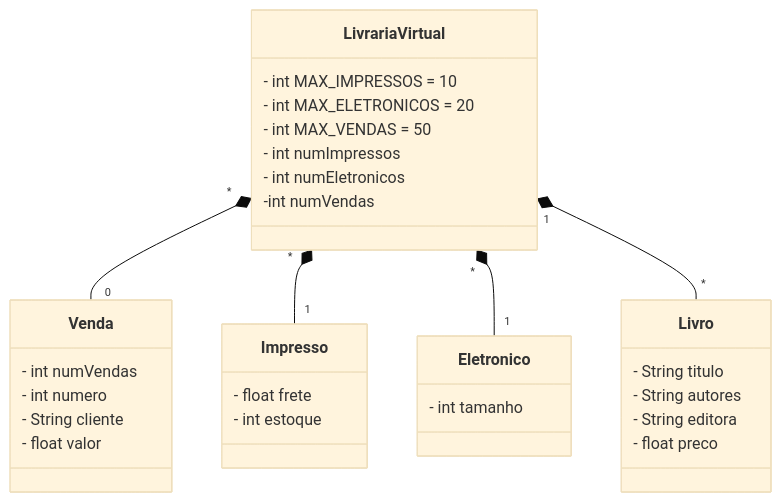
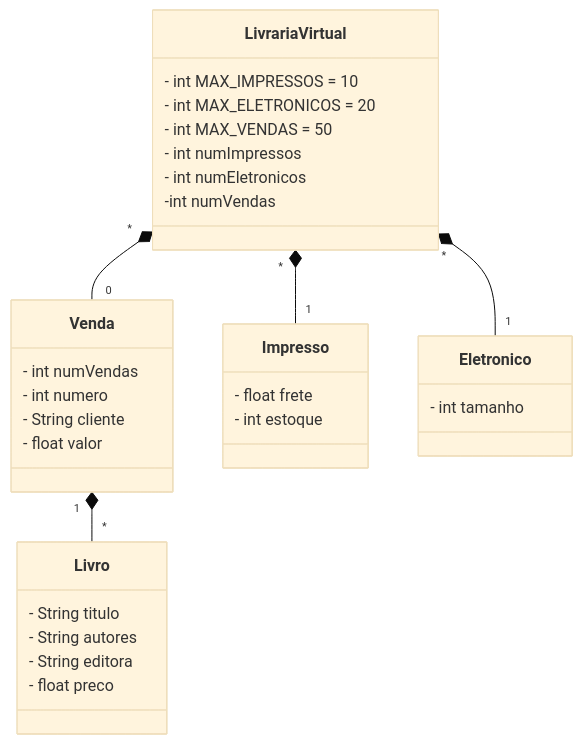
The diagram in README.md (DevTrail-Squad-4/Desafiodalivraria), drawn with Mermaid (base theme) before and after one commit.

````diff
--- a/README.md
+++ b/README.md
@@ -3,39 +3,39 @@
 ```mermaid
 classDiagram
   class LivrariaVirtual {
     - int MAX_IMPRESSOS = 10
     - int MAX_ELETRONICOS = 20
     - int MAX_VENDAS = 50
     - int numImpressos
     - int numEletronicos
 	-int numVendas
   }
 
   class Venda {
     - int numVendas
     - int numero
     - String cliente
     - float valor
   }
 
   class Impresso {
     - float frete
     - int estoque
   }
 
   class Eletronico {
     - int tamanho
   }
 
   class Livro {
     - String titulo
     - String autores
     - String editora
     - float preco
   }
 
   LivrariaVirtual "*" *-- "0" Venda
   LivrariaVirtual "*" *-- "1" Impresso
   LivrariaVirtual "*" *-- "1" Eletronico
-  LivrariaVirtual "1" *-- "*" Livro
+  Venda "1" *-- "*" Livro
 ```
````
